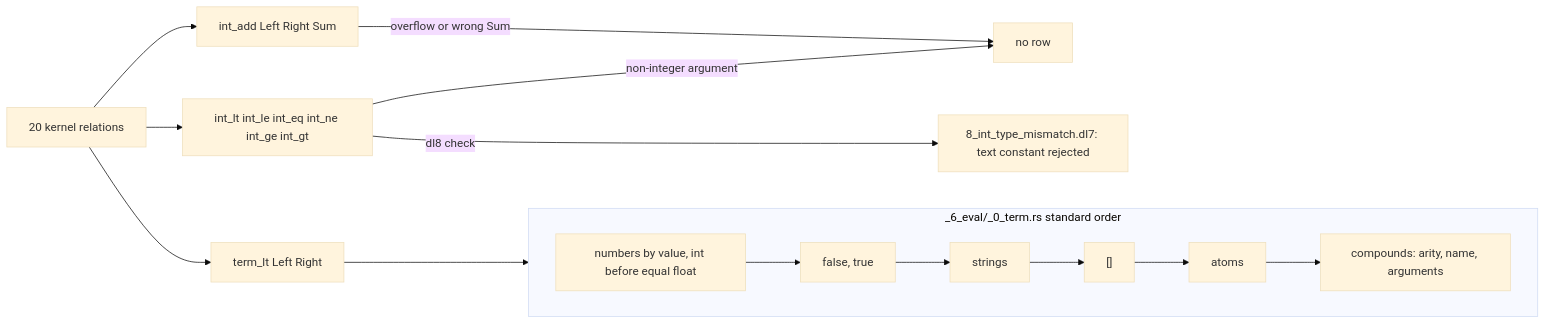
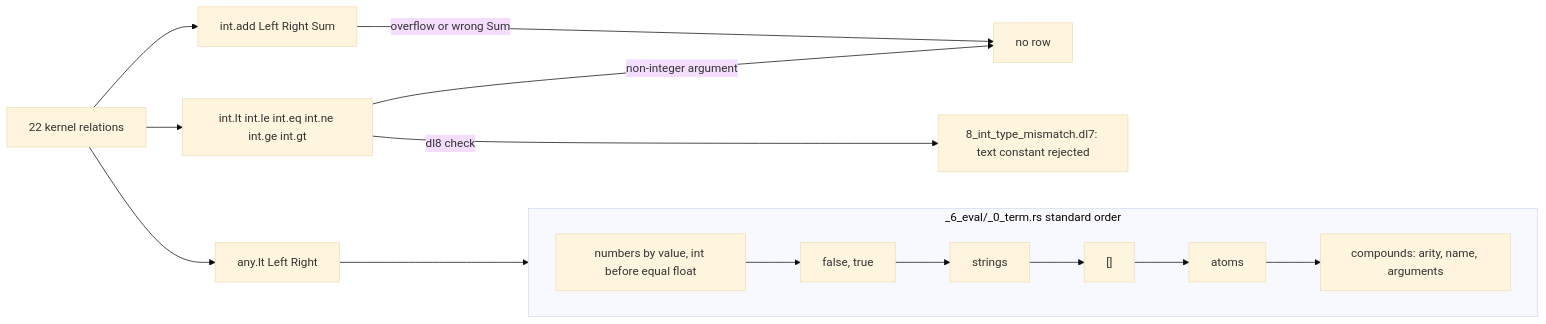
One commit to hafley66/sprefa changed the diagram in book/src/6_compare.md. Above: the diagram before and after it, drawn with Mermaid (base theme). The commit also changed other lines of this file and 19 other files, not shown here.

````diff
--- a/book/src/6_compare.md
+++ b/book/src/6_compare.md
@@ -5,18 +5,18 @@
 ```mermaid
 flowchart LR
-  kernel[20 kernel relations] --> compare[int_lt int_le int_eq int_ne int_ge int_gt]
-  kernel --> add[int_add Left Right Sum]
-  kernel --> termlt[term_lt Left Right]
+  kernel[22 kernel relations] --> compare[int.lt int.le int.eq int.ne int.ge int.gt]
+  kernel --> add[int.add Left Right Sum]
+  kernel --> termlt[any.lt Left Right]
   compare -->|non-integer argument| norow[no row]
   add -->|overflow or wrong Sum| norow
   compare -->|dl8 check| mismatch[8_int_type_mismatch.dl7: text constant rejected]
   termlt --> order
   subgraph order [_6_eval/_0_term.rs standard order]
     direction LR
     numbers[numbers by value, int before equal float] --> bools[false, true]
     bools --> strings[strings]
     strings --> emptylist["[]"]
     emptylist --> atoms[atoms]
     atoms --> compounds[compounds: arity, name, arguments]
   end
 ```
````
